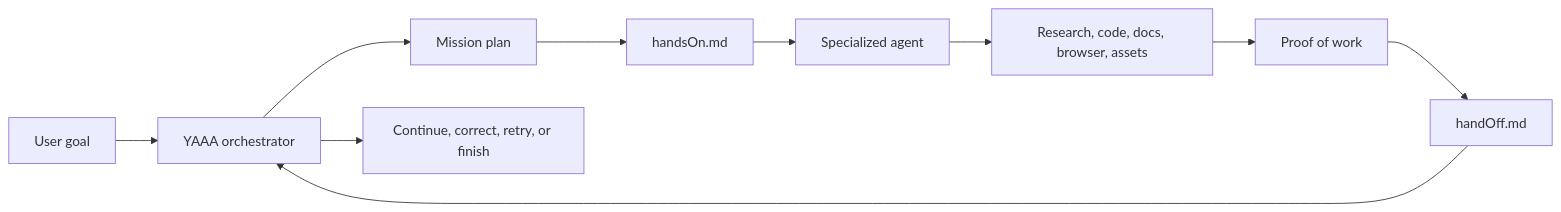
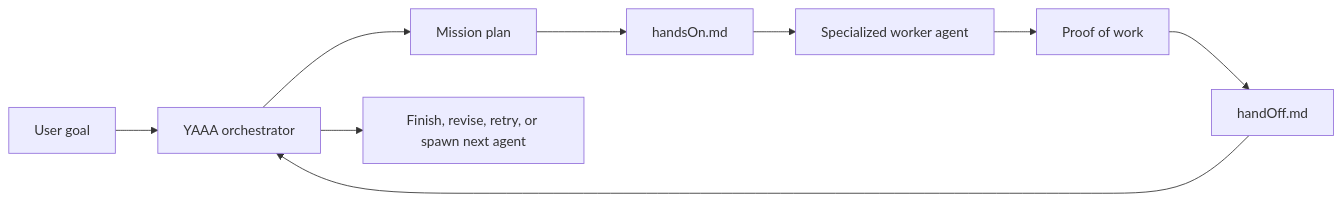
The first of 2 diagrams in README.md (Yet-Another-AI-Agent/YAAA), drawn with Mermaid before and after one commit. The commit also changed other lines of this file, not shown here.

````diff
--- a/README.md
+++ b/README.md
@@ -45,12 +33,11 @@
 ```mermaid
 flowchart LR
     User["User goal"] --> Orchestrator["YAAA orchestrator"]
     Orchestrator --> Plan["Mission plan"]
     Plan --> HandsOn["handsOn.md"]
-    HandsOn --> Agent["Specialized agent"]
-    Agent --> Work["Research, code, docs, browser, assets"]
-    Work --> Proof["Proof of work"]
+    HandsOn --> Agent["Specialized worker agent"]
+    Agent --> Proof["Proof of work"]
     Proof --> HandOff["handOff.md"]
     HandOff --> Orchestrator
-    Orchestrator --> Decision["Continue, correct, retry, or finish"]
+    Orchestrator --> Decision["Finish, revise, retry, or spawn next agent"]
 ```
````
